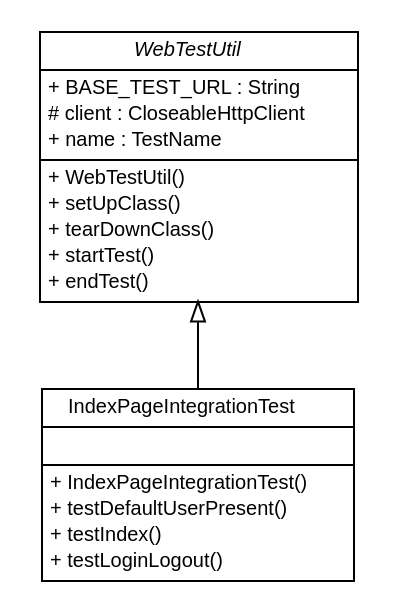
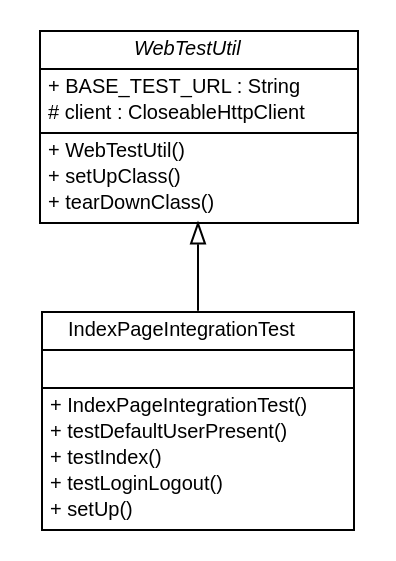
The diagram in brmo-service/testapidocs/nl/b3p/web/nl.b3p.web.dot (B3Partners/brmo), drawn with Graphviz before and after one commit. The commit also changed 225 other files, not shown here.

```diff
--- a/brmo-service/testapidocs/nl/b3p/web/nl.b3p.web.dot
+++ b/brmo-service/testapidocs/nl/b3p/web/nl.b3p.web.dot
@@ -1,47 +1,45 @@
 #!/usr/local/bin/dot
 #
 # Class diagram 
 # Generated by UMLGraph version R5_6-24-gf6e263 (http://www.umlgraph.org/)
 #
 
 digraph G {
 	edge [fontname="Helvetica",fontsize=10,labelfontname="Helvetica",labelfontsize=10];
 	node [fontname="Helvetica",fontsize=10,shape=plaintext];
 	nodesep=0.25;
 	ranksep=0.5;
 	// nl.b3p.web.IndexPageIntegrationTest
 	c0 [label=<<table title="nl.b3p.web.IndexPageIntegrationTest" border="0" cellborder="1" cellspacing="0" cellpadding="2" port="p" href="./IndexPageIntegrationTest.html">
 		<tr><td><table border="0" cellspacing="0" cellpadding="1">
 <tr><td align="center" balign="center"> IndexPageIntegrationTest </td></tr>
 		</table></td></tr>
 		<tr><td><table border="0" cellspacing="0" cellpadding="1">
 <tr><td align="left" balign="left">  </td></tr>
 		</table></td></tr>
 		<tr><td><table border="0" cellspacing="0" cellpadding="1">
 <tr><td align="left" balign="left"> + IndexPageIntegrationTest() </td></tr>
 <tr><td align="left" balign="left"> + testDefaultUserPresent() </td></tr>
 <tr><td align="left" balign="left"> + testIndex() </td></tr>
 <tr><td align="left" balign="left"> + testLoginLogout() </td></tr>
+<tr><td align="left" balign="left"> + setUp() </td></tr>
 		</table></td></tr>
 		</table>>, URL="./IndexPageIntegrationTest.html", fontname="Helvetica", fontcolor="black", fontsize=10.0];
 	// nl.b3p.web.WebTestUtil
 	c1 [label=<<table title="nl.b3p.web.WebTestUtil" border="0" cellborder="1" cellspacing="0" cellpadding="2" port="p" href="./WebTestUtil.html">
 		<tr><td><table border="0" cellspacing="0" cellpadding="1">
 <tr><td align="center" balign="center"><font face="Helvetica-Oblique"> WebTestUtil </font></td></tr>
 		</table></td></tr>
 		<tr><td><table border="0" cellspacing="0" cellpadding="1">
 <tr><td align="left" balign="left"> + BASE_TEST_URL : String </td></tr>
 <tr><td align="left" balign="left"> # client : CloseableHttpClient </td></tr>
-<tr><td align="left" balign="left"> + name : TestName </td></tr>
 		</table></td></tr>
 		<tr><td><table border="0" cellspacing="0" cellpadding="1">
 <tr><td align="left" balign="left"> + WebTestUtil() </td></tr>
 <tr><td align="left" balign="left"> + setUpClass() </td></tr>
 <tr><td align="left" balign="left"> + tearDownClass() </td></tr>
-<tr><td align="left" balign="left"> + startTest() </td></tr>
-<tr><td align="left" balign="left"> + endTest() </td></tr>
 		</table></td></tr>
 		</table>>, URL="./WebTestUtil.html", fontname="Helvetica", fontcolor="black", fontsize=10.0];
 	//nl.b3p.web.IndexPageIntegrationTest extends nl.b3p.web.WebTestUtil
 	c1:p -> c0:p [dir=back,arrowtail=empty];
 }
```
